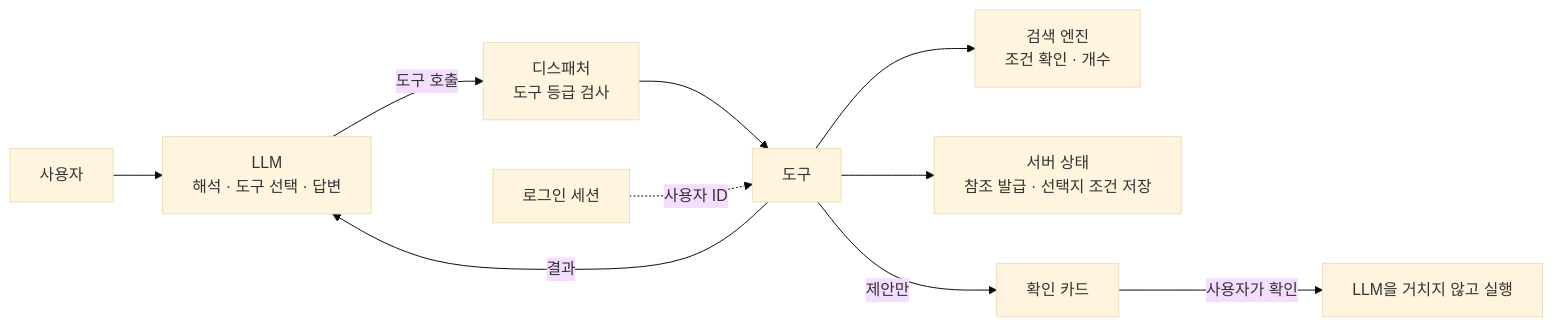
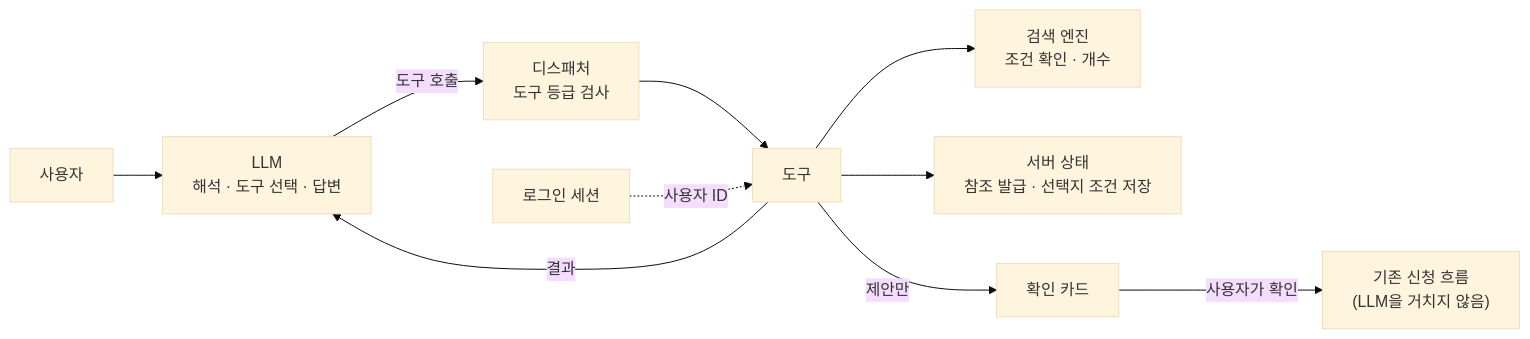
Before and after one commit to 12OneTwo12/12OneTwo12.github.io: the first of 5 diagrams in content/blog/architecture/real-estate-integrated-agent-llm-boundary.ko.md, drawn with Mermaid (base theme). The commit also changed other lines of this file and 1 other file, not shown here.

````diff
--- a/content/blog/architecture/real-estate-integrated-agent-llm-boundary.ko.md
+++ b/content/blog/architecture/real-estate-integrated-agent-llm-boundary.ko.md
@@ -53,12 +55,12 @@
 ```mermaid
 flowchart LR
     U["사용자"] --> LLM["LLM<br/>해석 · 도구 선택 · 답변"]
     LLM -->|도구 호출| D["디스패처<br/>도구 등급 검사"]
     D --> T["도구"]
     SS["로그인 세션"] -.->|사용자 ID| T
     T --> SE["검색 엔진<br/>조건 확인 · 개수"]
     T --> ST["서버 상태<br/>참조 발급 · 선택지 조건 저장"]
     T -->|결과| LLM
     T -->|제안만| C["확인 카드"]
-    C -->|사용자가 확인| EX["LLM을 거치지 않고 실행"]
+    C -->|사용자가 확인| EX["기존 신청 흐름<br/>(LLM을 거치지 않음)"]
 ```
````
